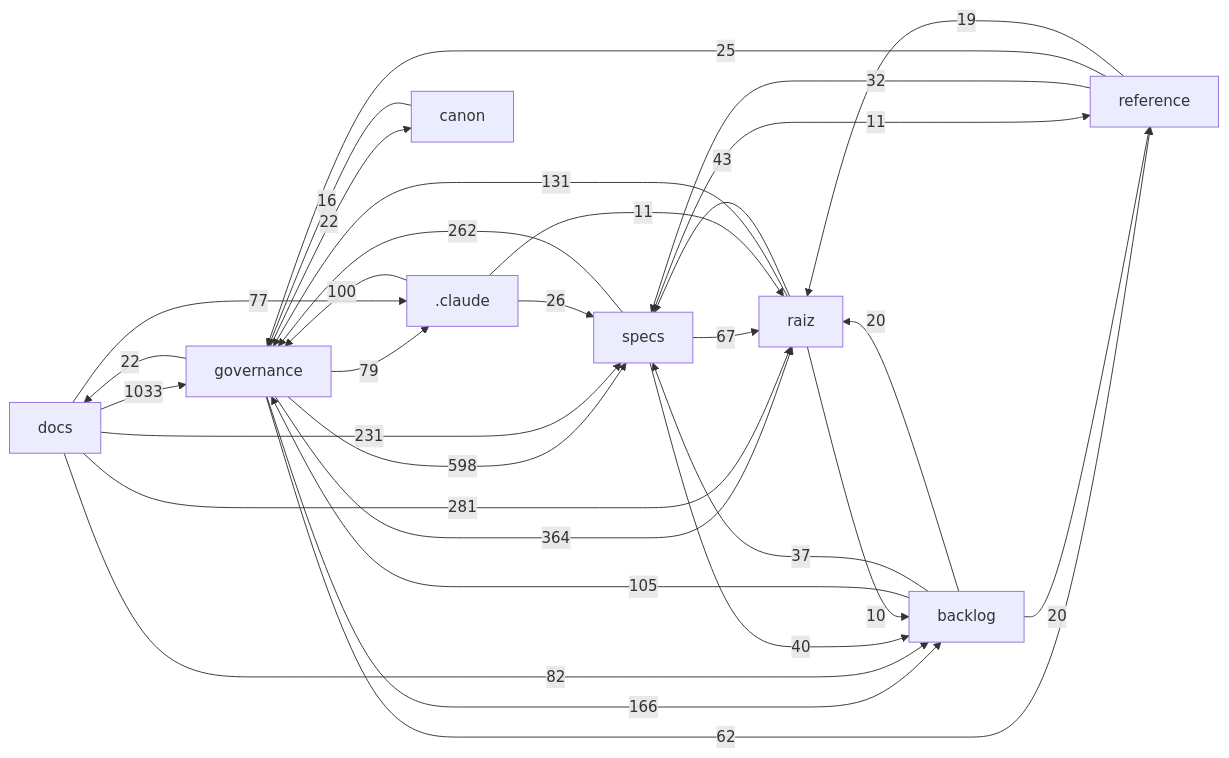
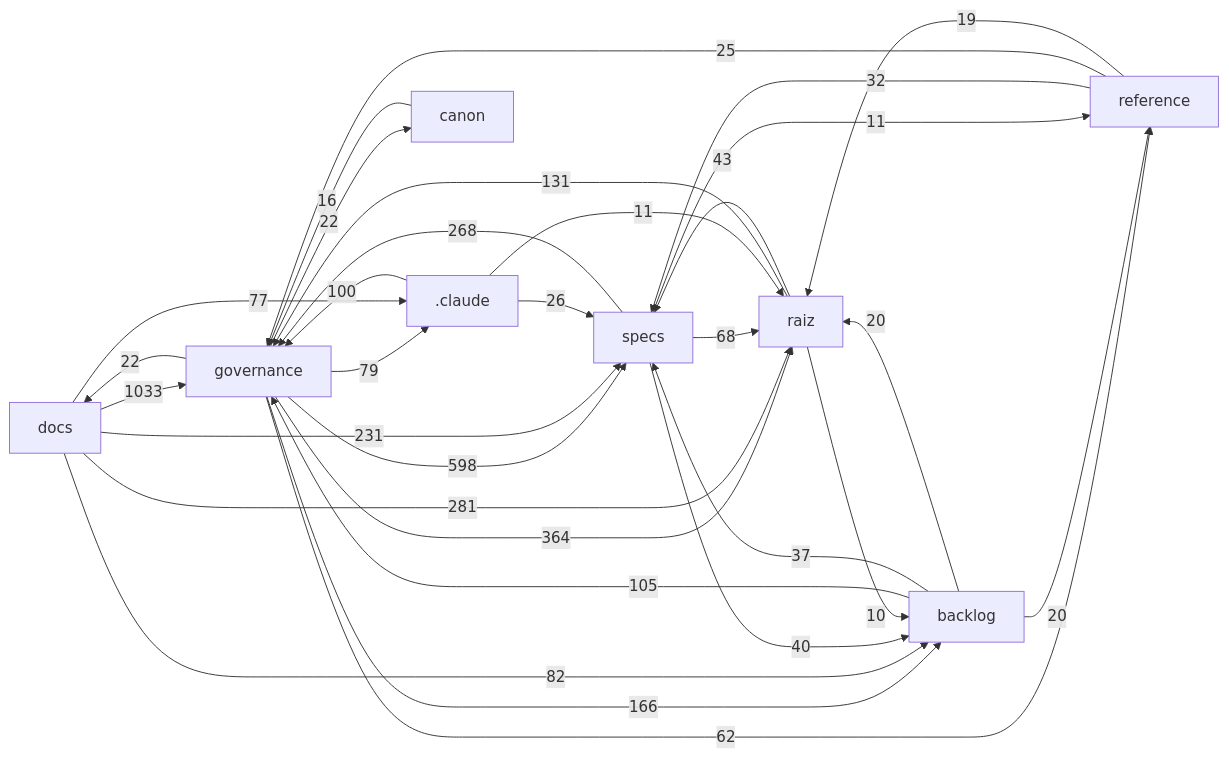
The diagram in docs/mapa/MAPA-PROJETO.md (Andraus35/Sistema-Operacional-de-Trading--SOT), drawn with Mermaid before and after one commit. The commit also changed other lines of this file and 4 other files, not shown here.

````diff
--- a/docs/mapa/MAPA-PROJETO.md
+++ b/docs/mapa/MAPA-PROJETO.md
@@ -29,33 +29,33 @@
 ```mermaid
 flowchart LR
   docs["docs"] -->|1033| governance["governance"]
   governance["governance"] -->|598| specs["specs"]
   governance["governance"] -->|364| raiz["raiz"]
   docs["docs"] -->|281| raiz["raiz"]
-  specs["specs"] -->|262| governance["governance"]
+  specs["specs"] -->|268| governance["governance"]
   docs["docs"] -->|231| specs["specs"]
   governance["governance"] -->|166| backlog["backlog"]
   raiz["raiz"] -->|131| governance["governance"]
   backlog["backlog"] -->|105| governance["governance"]
   _claude[".claude"] -->|100| governance["governance"]
   docs["docs"] -->|82| backlog["backlog"]
   governance["governance"] -->|79| _claude[".claude"]
   docs["docs"] -->|77| _claude[".claude"]
-  specs["specs"] -->|67| raiz["raiz"]
+  specs["specs"] -->|68| raiz["raiz"]
   governance["governance"] -->|62| reference["reference"]
   raiz["raiz"] -->|43| specs["specs"]
   specs["specs"] -->|40| backlog["backlog"]
   backlog["backlog"] -->|37| specs["specs"]
   reference["reference"] -->|32| specs["specs"]
   _claude[".claude"] -->|26| specs["specs"]
   reference["reference"] -->|25| governance["governance"]
   governance["governance"] -->|22| docs["docs"]
   governance["governance"] -->|22| canon["canon"]
   backlog["backlog"] -->|20| raiz["raiz"]
   backlog["backlog"] -->|20| reference["reference"]
   reference["reference"] -->|19| raiz["raiz"]
   canon["canon"] -->|16| governance["governance"]
   _claude[".claude"] -->|11| raiz["raiz"]
   specs["specs"] -->|11| reference["reference"]
   raiz["raiz"] -->|10| backlog["backlog"]
 ```
````
